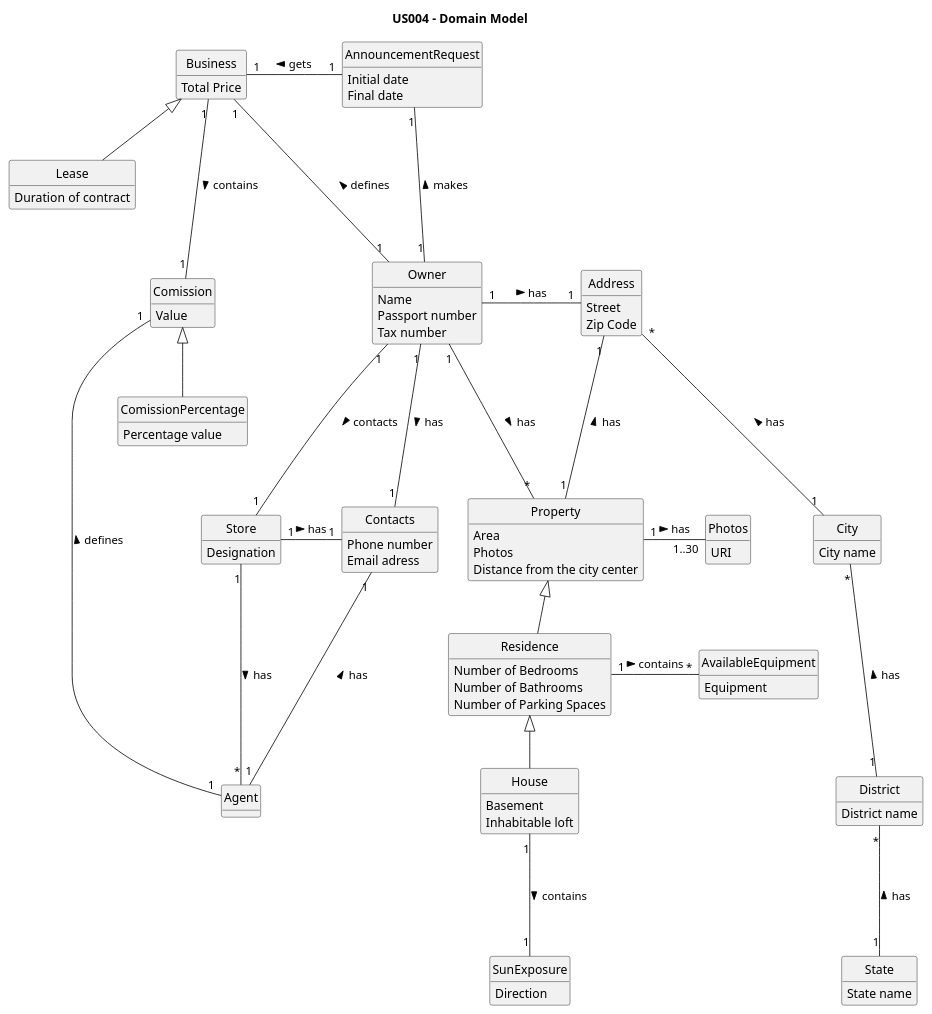
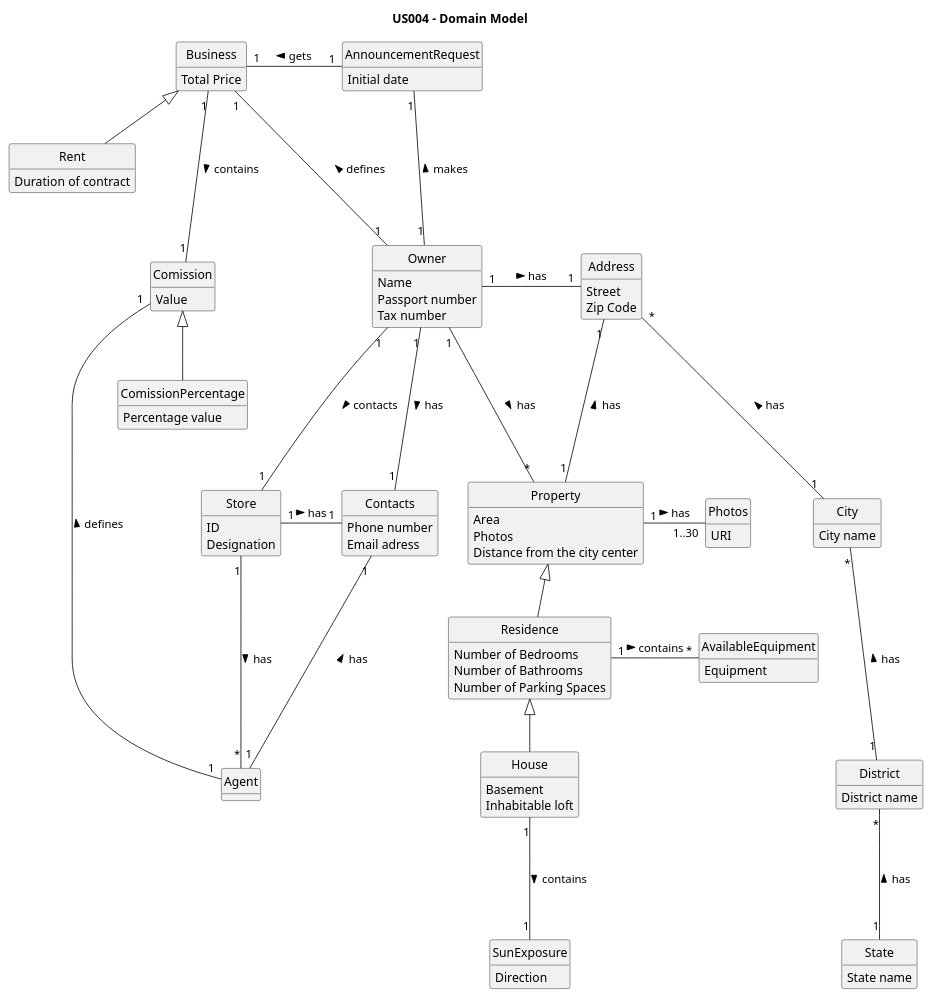
Before and after one commit to PureNimble/ISEP-LAPR2: the diagram in docs/sprintB/US04/02.analysis/puml/us04-domain-model.puml, drawn with PlantUML.

Commit message:
Changed domain model in US04

```diff
--- a/docs/sprintB/US04/02.analysis/puml/us04-domain-model.puml
+++ b/docs/sprintB/US04/02.analysis/puml/us04-domain-model.puml
@@ -1,158 +1,158 @@
 @startuml
 
 title US004 - Domain Model
 
 skinparam groupInheritance 2
 skinparam monochrome true
 skinparam packageStyle rectangle
 skinparam shadowing false
 skinparam classAttributeIconSize 0
 hide circle
 hide methods
 
 class Property
 
 class House
 
 class Residence
 
 class Address
 
 class Contacts
 
 class Owner
 
 class Comission
 
 class Agent
 
 class Photos
 
 class Business
 
 class AvailableEquipment
 
-class Lease
+class Rent
 
 class SunExposure
 
 class Store
 
 class City
 
 class District
 
 class State
 
 class ComissionPercentage
 
 class AnnouncementRequest
 
 class City {
     City name
 }
 
 class District {
     District name
 }
 
 class Photos {
     URI
 }
 
 class State {
     State name
 }
 
 class AvailableEquipment {
     Equipment
 }
 
 class ComissionPercentage {
     Percentage value
 }
 
 
 class Contacts {
     Phone number
     Email adress
 }
 
 class Owner {
     Name
     Passport number
     Tax number
 }
 
-class Lease {
+class Rent {
     Duration of contract
 }
 
 class AnnouncementRequest {
     Initial date
-    Final date
 }
 
 class Business {
     Total Price
 }
 
 class Residence {
     Number of Bedrooms
     Number of Bathrooms
     Number of Parking Spaces
 }
 
 class Store {
+    ID
     Designation
 }
 
 class Property {
     Area
     Photos
     Distance from the city center
 }
 
 class House {
     Basement
     Inhabitable loft
 }
 
 class SunExposure {
     Direction
 }
 
 class Address {
     Street
     Zip Code
 }
 
 class Comission {
     Value
 }
 
 Residence <|-- House
 Property <|-- Residence
 SunExposure "1" -up-- "1" House: contains <
 Address "1" -right-- "1" Property: has <
 Address "1" -right-- "1" Owner: has <
 Owner "1" -down-- "*" Property: has >
 Owner "1" -right- "1" Store: contacts >
 Agent "*" -left-- "1" Store: has <
 Address "*" -down-- "1" City: has <
 State "1" -up-- "*" District: has >
 District "1" -up-- "*" City: has >
 AvailableEquipment "*" -left-- "1" Residence: contains <
 Owner "1" -up-- "1" Business: defines >
 Owner "1" -down-- "1" Contacts: has >
 Store "1" -right-- "1" Contacts: has >
 Agent "1" -up-- "1" Contacts: has >
 Comission "1" -down-- "1" Agent: defines <
 Comission "1" -up-- "1" Business: contains <
 Comission <|-- ComissionPercentage
-Business <|-- Lease
+Business <|-- Rent
 Property "1" -right-- "1..30" Photos: has >
 Owner "1" -up-- "1" AnnouncementRequest: makes >
 Business "1" -right-- "1" AnnouncementRequest: gets <
 
 @enduml
```
